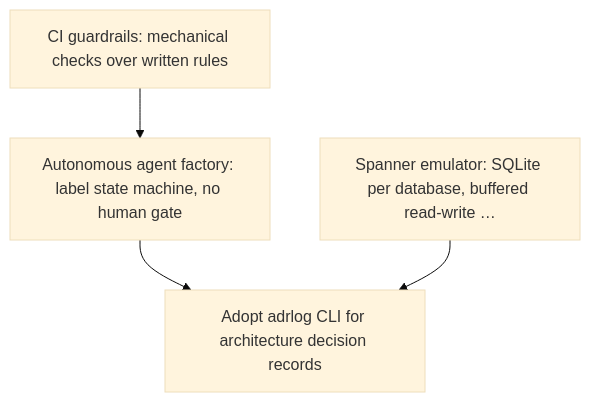
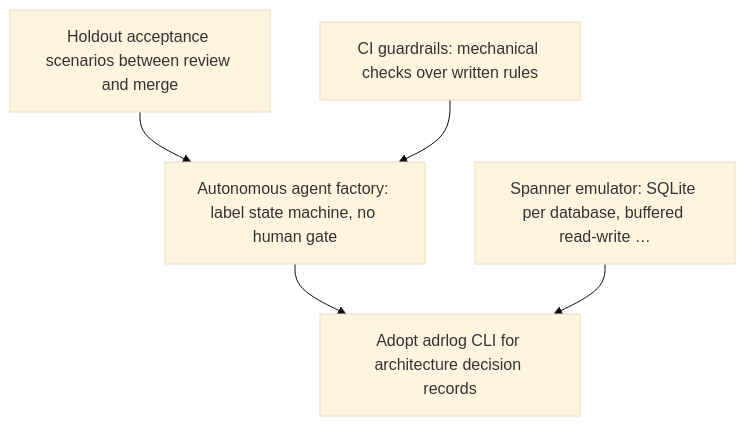
Before and after one commit to GuitarWag/gcp-local: the diagram in docs/adr/README.md, drawn with Mermaid (base theme). The commit also changed other lines of this file and 10 other files, not shown here.

First line of the commit message:
feat(factory): holdout acceptance stage between review and merge

````diff
--- a/docs/adr/README.md
+++ b/docs/adr/README.md
@@ -14,10 +15,12 @@
 ```mermaid
 graph TD
-  n0["CI guardrails: mechanical checks over written rules"]
-  n1["Autonomous agent factory: label state machine, no human gate"]
-  n2["Spanner emulator: SQLite per database, buffered read-write …"]
-  n3["Adopt adrlog CLI for architecture decision records"]
-  n0 --> n1
-  n1 --> n3
-  n2 --> n3
+  n0["Holdout acceptance scenarios between review and merge"]
+  n1["CI guardrails: mechanical checks over written rules"]
+  n2["Autonomous agent factory: label state machine, no human gate"]
+  n3["Spanner emulator: SQLite per database, buffered read-write …"]
+  n4["Adopt adrlog CLI for architecture decision records"]
+  n0 --> n2
+  n1 --> n2
+  n2 --> n4
+  n3 --> n4
 ```
````
